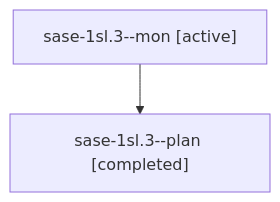
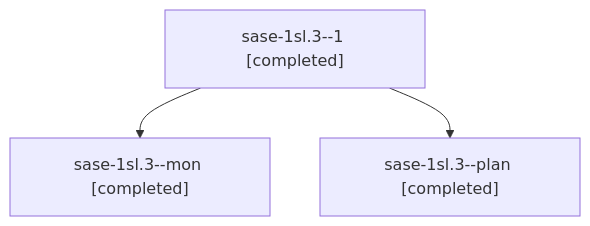
One commit to sase-org/sase--agents changed the diagram in sessions/bbugyi200.athena.sase-1sl.3.md. Above: the diagram before and after it, drawn with Mermaid. The commit also changed other lines of this file and 81 other files, not shown here.

````diff
--- a/sessions/bbugyi200.athena.sase-1sl.3.md
+++ b/sessions/bbugyi200.athena.sase-1sl.3.md
@@ -9,6 +9,8 @@
 ```mermaid
 flowchart TD
-  n0["sase-1sl.3--mon [active]"]
-  n1["sase-1sl.3--plan [completed]"]
+  n0["sase-1sl.3--1 [completed]"]
+  n1["sase-1sl.3--mon [completed]"]
   n0 --> n1
+  n2["sase-1sl.3--plan [completed]"]
+  n0 --> n2
 ```
````
